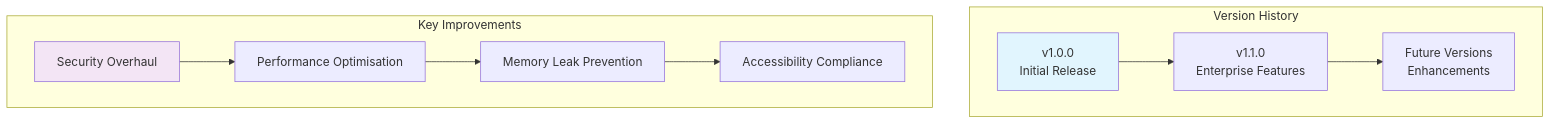
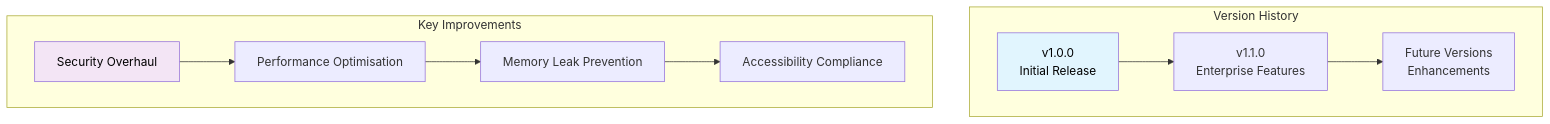
One commit to Interlaken0/temperature-plotter changed the ninth of 13 diagrams in docs/NEW-DEVELOPER-ONBOARDING.md. Above: the diagram before and after it, drawn with Mermaid. The commit also changed other lines of this file and 8 other files, not shown here.

First line of the commit message:
Standardise Mermaid diagram text colour to black across all documentation

````diff
--- a/docs/NEW-DEVELOPER-ONBOARDING.md
+++ b/docs/NEW-DEVELOPER-ONBOARDING.md
@@ -327,16 +335,16 @@
 ```mermaid
 graph TB
     subgraph "Version History"
         A[v1.0.0<br/>Initial Release] --> B[v1.1.0<br/>Enterprise Features]
         B --> C[Future Versions<br/>Enhancements]
     end
     
     subgraph "Key Improvements"
         D[Security Overhaul] --> E[Performance Optimisation]
         E --> F[Memory Leak Prevention]
         F --> G[Accessibility Compliance]
     end
     
-    style A fill:#e1f5fe
-    style D fill:#f3e5f5
+    style A fill:#e1f5fe,color:#000000
+    style D fill:#f3e5f5,color:#000000
 ```
````
